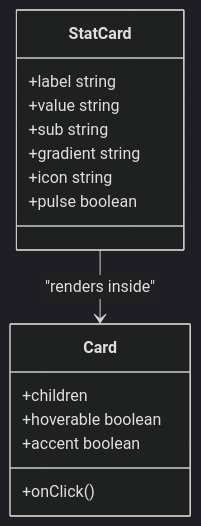
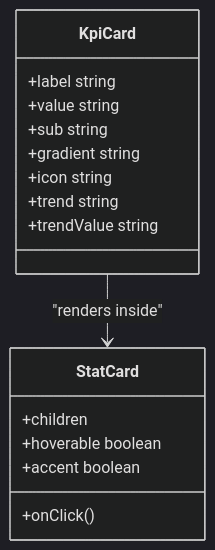
One commit to ObeyMuchechesi/TicketFlow changed the third of 11 diagrams in .qoder/repowiki/en/content/Admin Dashboard/Dashboard Overview.md. Above: the diagram before and after it, drawn with Mermaid (dark theme). The commit also changed other lines of this file and 12 other files, not shown here.

First line of the commit message:
docs: EcoCash schema columns and project documentation refresh

````diff
--- a/.qoder/repowiki/en/content/Admin Dashboard/Dashboard Overview.md
+++ b/.qoder/repowiki/en/content/Admin Dashboard/Dashboard Overview.md
@@ -116,18 +134,19 @@
 ```mermaid
 classDiagram
-class StatCard {
+class KpiCard {
 +label string
 +value string
 +sub string
 +gradient string
 +icon string
-+pulse boolean
++trend string
++trendValue string
 }
-class Card {
+class StatCard {
 +children
 +hoverable boolean
 +accent boolean
 +onClick()
 }
-StatCard --> Card : "renders inside"
+KpiCard --> StatCard : "renders inside"
 ```
````
